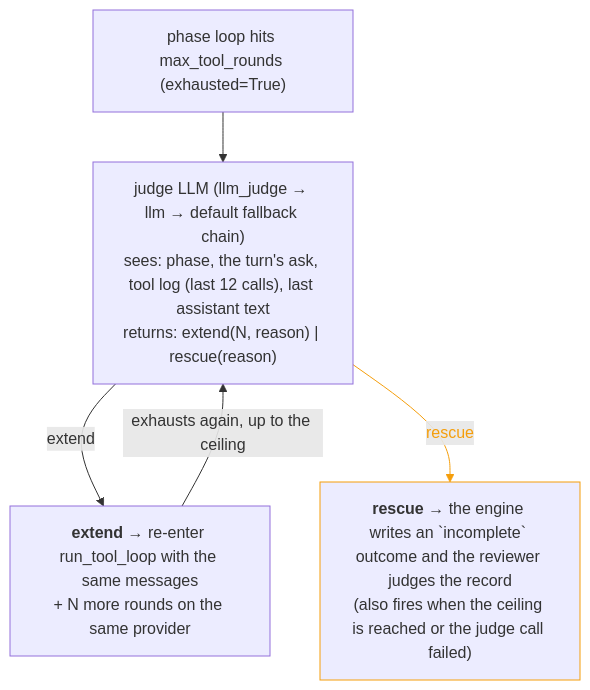
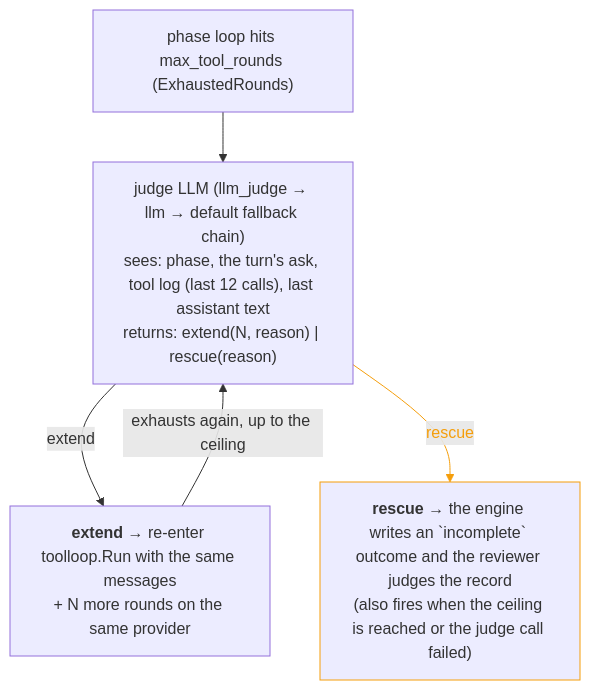
Before and after one commit to crewlet/crewlet: the diagram in docs/concepts/turn-engine.md, drawn with Mermaid. The commit also changed other lines of this file, not shown here.

````diff
--- a/docs/concepts/turn-engine.md
+++ b/docs/concepts/turn-engine.md
@@ -343,15 +357,15 @@
 ```mermaid
 flowchart TD
-    A["phase loop hits max_tool_rounds (exhausted=True)"]
+    A["phase loop hits max_tool_rounds (ExhaustedRounds)"]
     B["judge LLM (llm_judge → llm → default fallback chain)<br/>sees: phase, the turn's ask, tool log (last 12 calls), last assistant text<br/>returns: extend(N, reason) | rescue(reason)"]
-    C["<b>extend</b> → re-enter run_tool_loop with the same messages<br/>+ N more rounds on the same provider"]
+    C["<b>extend</b> → re-enter toolloop.Run with the same messages<br/>+ N more rounds on the same provider"]
     D["<b>rescue</b> → the engine writes an `incomplete` outcome and the reviewer judges the record<br/>(also fires when the ceiling is reached or the judge call failed)"]
     A --> B
     B -->|extend| C
     B -->|rescue| D
     C -->|"exhausts again, up to the ceiling"| B
 
     D:::warning
     classDef warning stroke:#f59e0b
     linkStyle 2 stroke:#f59e0b,color:#f59e0b
 ```
````
